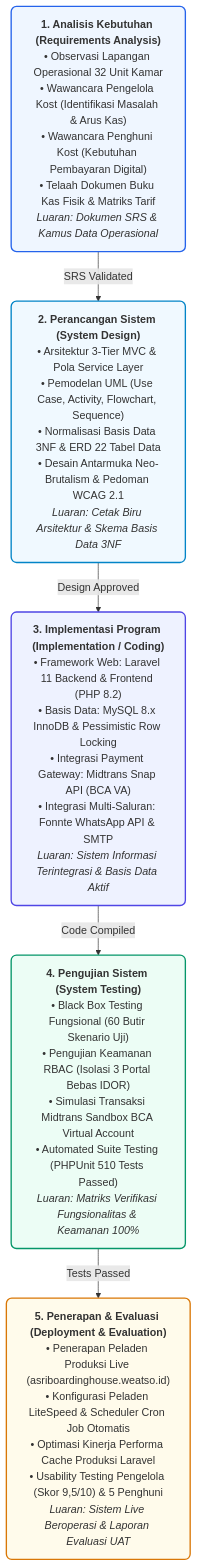
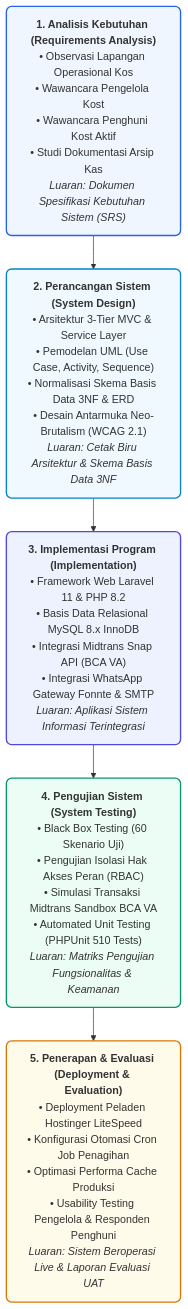
One commit to rafifarsyapradiva/asri-boarding-house changed the first of 2 diagrams in Skripsi/Skripsi_Rafif_Arsya_Pradiva_22.N4.0014.md. Above: the diagram before and after it, drawn with Mermaid. The commit also changed 2 other files, not shown here.

Commit message:
docs(skripsi): revisi gambar 3.1 diagram model waterfall ringkas padat dan tanpa nama perorangan

````diff
--- a/Skripsi/Skripsi_Rafif_Arsya_Pradiva_22.N4.0014.md
+++ b/Skripsi/Skripsi_Rafif_Arsya_Pradiva_22.N4.0014.md
@@ -663,13 +663,13 @@
 ```mermaid
 graph TD
-    A["<b>1. Analisis Kebutuhan (Requirements Analysis)</b><br/>• Observasi Lapangan Operasional 32 Unit Kamar<br/>• Wawancara Pengelola Kost (Identifikasi Masalah & Arus Kas)<br/>• Wawancara Penghuni Kost (Kebutuhan Pembayaran Digital)<br/>• Telaah Dokumen Buku Kas Fisik & Matriks Tarif<br/><i>Luaran: Dokumen SRS & Kamus Data Operasional</i>"] -->|"SRS Validated"| B["<b>2. Perancangan Sistem (System Design)</b><br/>• Arsitektur 3-Tier MVC & Pola Service Layer<br/>• Pemodelan UML (Use Case, Activity, Flowchart, Sequence)<br/>• Normalisasi Basis Data 3NF & ERD 22 Tabel Data<br/>• Desain Antarmuka Neo-Brutalism & Pedoman WCAG 2.1<br/><i>Luaran: Cetak Biru Arsitektur & Skema Basis Data 3NF</i>"]
-    B -->|"Design Approved"| C["<b>3. Implementasi Program (Implementation / Coding)</b><br/>• Framework Web: Laravel 11 Backend & Frontend (PHP 8.2)<br/>• Basis Data: MySQL 8.x InnoDB & Pessimistic Row Locking<br/>• Integrasi Payment Gateway: Midtrans Snap API (BCA VA)<br/>• Integrasi Multi-Saluran: Fonnte WhatsApp API & SMTP<br/><i>Luaran: Sistem Informasi Terintegrasi & Basis Data Aktif</i>"]
-    C -->|"Code Compiled"| D["<b>4. Pengujian Sistem (System Testing)</b><br/>• Black Box Testing Fungsional (60 Butir Skenario Uji)<br/>• Pengujian Keamanan RBAC (Isolasi 3 Portal Bebas IDOR)<br/>• Simulasi Transaksi Midtrans Sandbox BCA Virtual Account<br/>• Automated Suite Testing (PHPUnit 510 Tests Passed)<br/><i>Luaran: Matriks Verifikasi Fungsionalitas & Keamanan 100%</i>"]
-    D -->|"Tests Passed"| E["<b>5. Penerapan & Evaluasi (Deployment & Evaluation)</b><br/>• Penerapan Peladen Produksi Live (asriboardinghouse.weatso.id)<br/>• Konfigurasi Peladen LiteSpeed & Scheduler Cron Job Otomatis<br/>• Optimasi Kinerja Performa Cache Produksi Laravel<br/>• Usability Testing Pengelola (Skor 9,5/10) & 5 Penghuni<br/><i>Luaran: Sistem Live Beroperasi & Laporan Evaluasi UAT</i>"]
+    A["<b>1. Analisis Kebutuhan (Requirements Analysis)</b><br/>• Observasi Lapangan Operasional Kos<br/>• Wawancara Pengelola Kost<br/>• Wawancara Penghuni Kost Aktif<br/>• Studi Dokumentasi Arsip Kas<br/><i>Luaran: Dokumen Spesifikasi Kebutuhan Sistem (SRS)</i>"] --> B["<b>2. Perancangan Sistem (System Design)</b><br/>• Arsitektur 3-Tier MVC & Service Layer<br/>• Pemodelan UML (Use Case, Activity, Sequence)<br/>• Normalisasi Skema Basis Data 3NF & ERD<br/>• Desain Antarmuka Neo-Brutalism (WCAG 2.1)<br/><i>Luaran: Cetak Biru Arsitektur & Skema Basis Data 3NF</i>"]
+    B --> C["<b>3. Implementasi Program (Implementation)</b><br/>• Framework Web Laravel 11 & PHP 8.2<br/>• Basis Data Relasional MySQL 8.x InnoDB<br/>• Integrasi Midtrans Snap API (BCA VA)<br/>• Integrasi WhatsApp Gateway Fonnte & SMTP<br/><i>Luaran: Aplikasi Sistem Informasi Terintegrasi</i>"]
+    C --> D["<b>4. Pengujian Sistem (System Testing)</b><br/>• Black Box Testing (60 Skenario Uji)<br/>• Pengujian Isolasi Hak Akses Peran (RBAC)<br/>• Simulasi Transaksi Midtrans Sandbox BCA VA<br/>• Automated Unit Testing (PHPUnit 510 Tests)<br/><i>Luaran: Matriks Pengujian Fungsionalitas & Keamanan</i>"]
+    D --> E["<b>5. Penerapan & Evaluasi (Deployment & Evaluation)</b><br/>• Deployment Peladen Hostinger LiteSpeed<br/>• Konfigurasi Otomasi Cron Job Penagihan<br/>• Optimasi Performa Cache Produksi<br/>• Usability Testing Pengelola & Responden Penghuni<br/><i>Luaran: Sistem Beroperasi Live & Laporan Evaluasi UAT</i>"]
 
     style A fill:#EFF6FF,stroke:#2563EB,stroke-width:2px,rx:8px,ry:8px
     style B fill:#F0F9FF,stroke:#0284C7,stroke-width:2px,rx:8px,ry:8px
     style C fill:#EEF2FF,stroke:#4F46E5,stroke-width:2px,rx:8px,ry:8px
     style D fill:#ECFDF5,stroke:#059669,stroke-width:2px,rx:8px,ry:8px
     style E fill:#FFFBEB,stroke:#D97706,stroke-width:2px,rx:8px,ry:8px
 ```
````
